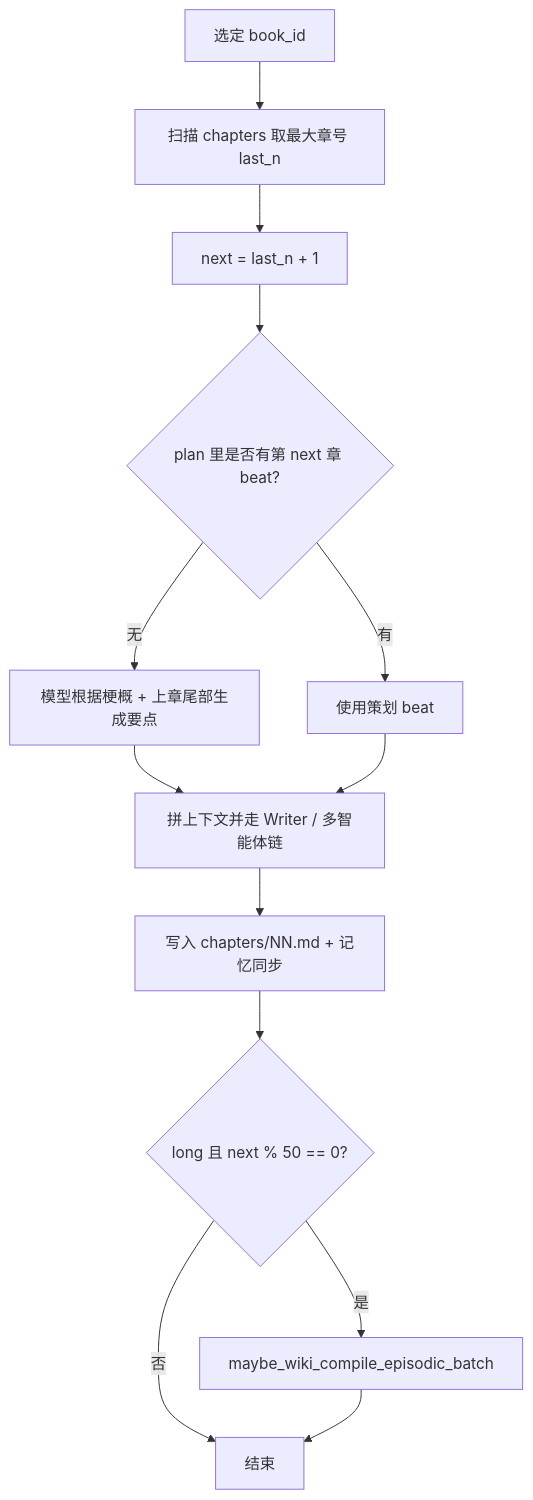
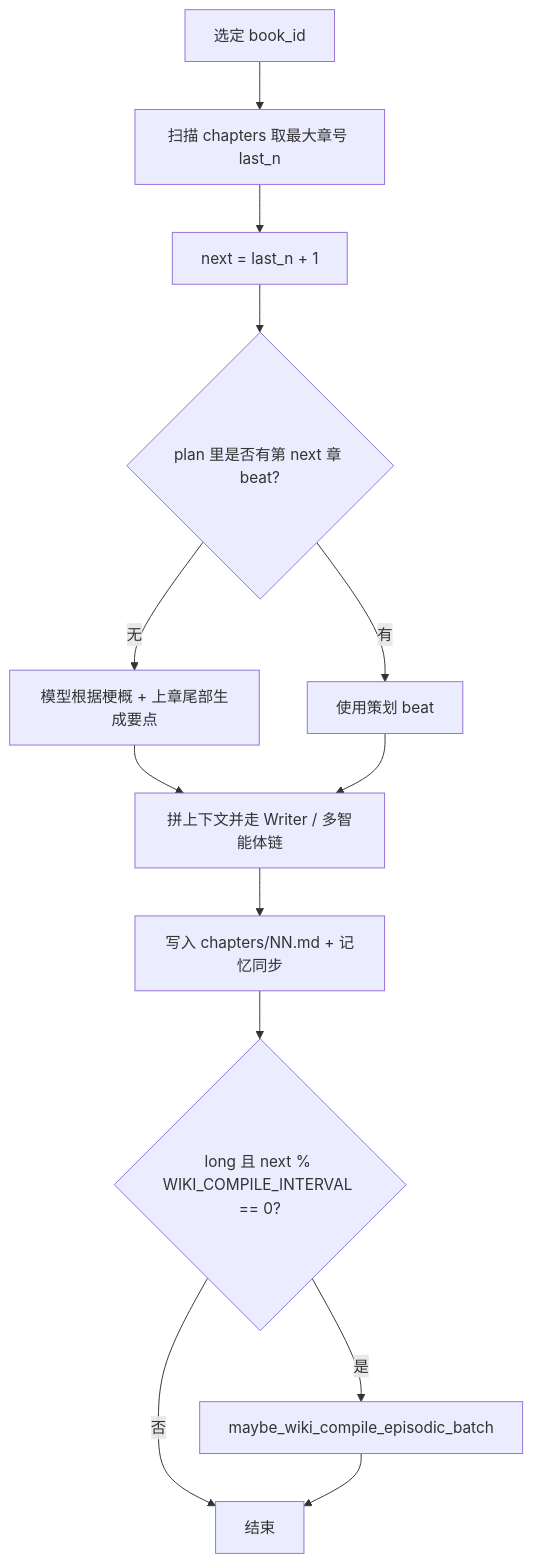
One commit to 02heng/AI-writer changed the fourth of 6 diagrams in docs/ARCHITECTURE_AND_FLOWS.md. Above: the diagram before and after it, drawn with Mermaid. The commit also changed other lines of this file and 23 other files, not shown here.

````diff
--- a/docs/ARCHITECTURE_AND_FLOWS.md
+++ b/docs/ARCHITECTURE_AND_FLOWS.md
@@ -114,15 +114,15 @@
 ```mermaid
 flowchart TD
   X1[选定 book_id] --> X2[扫描 chapters 取最大章号 last_n]
   X2 --> X3[next = last_n + 1]
   X3 --> X4{plan 里是否有第 next 章 beat?}
   X4 -->|无| X5[模型根据梗概 + 上章尾部生成要点]
   X4 -->|有| X6[使用策划 beat]
   X5 --> X7[拼上下文并走 Writer / 多智能体链]
   X6 --> X7
   X7 --> X8[写入 chapters/NN.md + 记忆同步]
-  X8 --> X9{long 且 next % 50 == 0?}
+  X8 --> X9{long 且 next % WIKI_COMPILE_INTERVAL == 0?}
   X9 -->|是| X10[maybe_wiki_compile_episodic_batch]
   X9 -->|否| X11[结束]
   X10 --> X11
 ```
````
